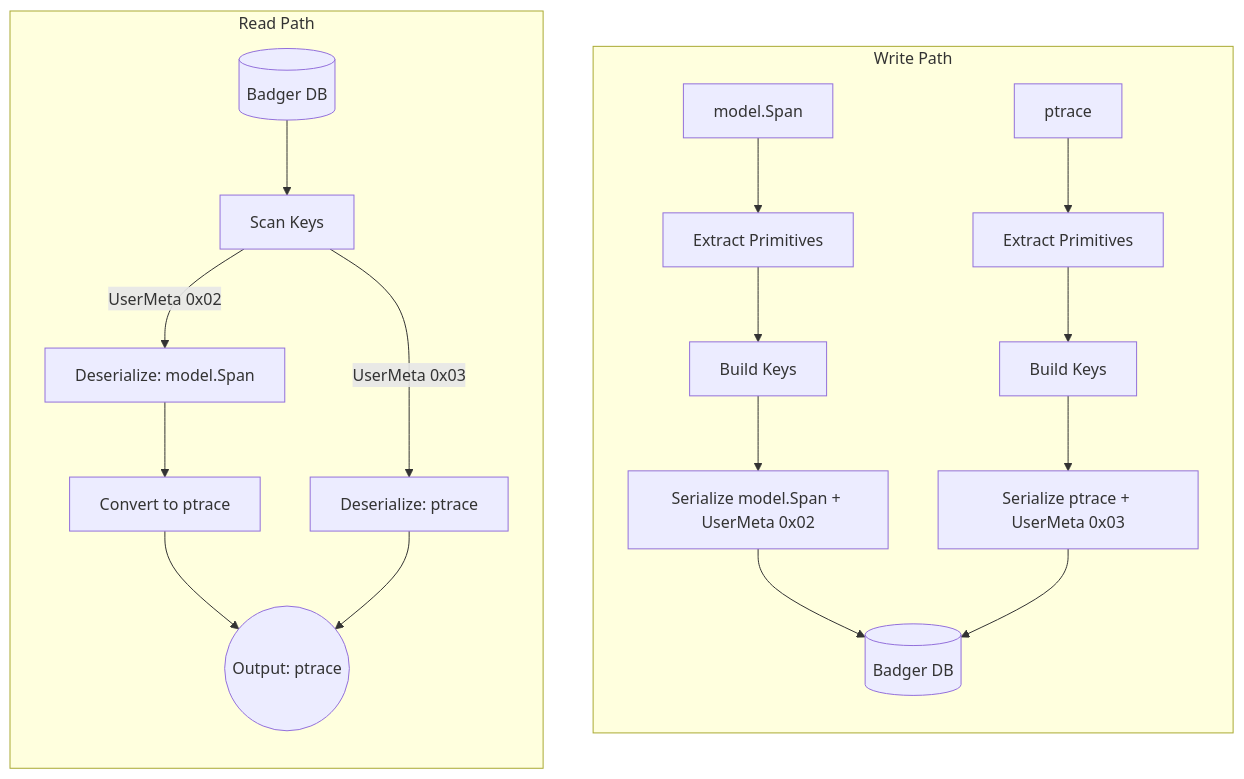
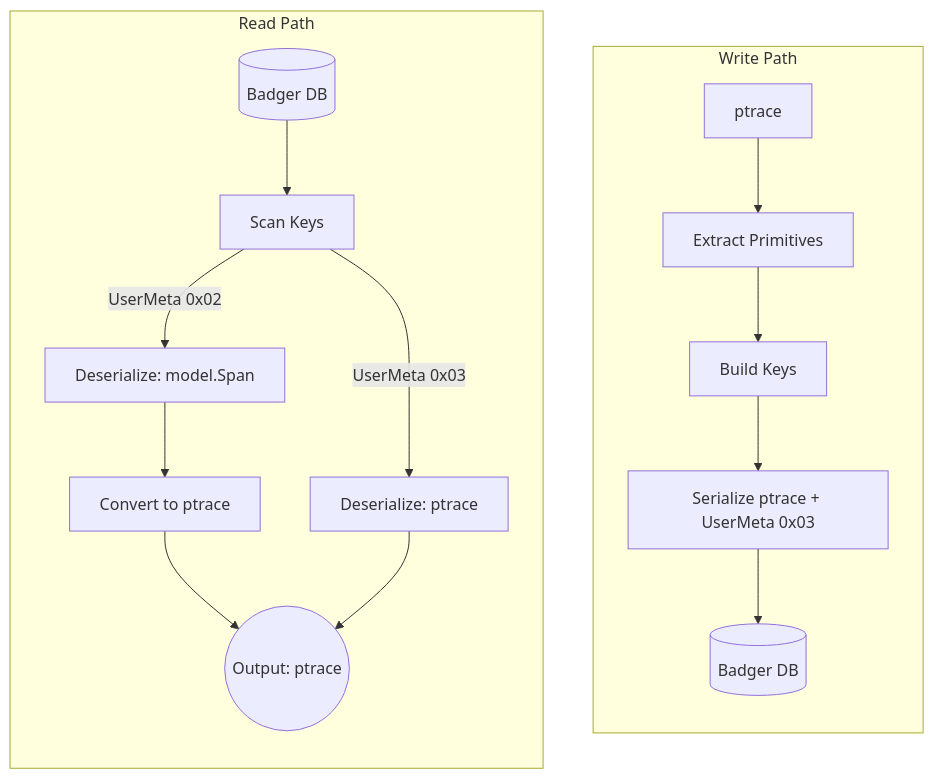
The diagram in docs/adr/008-badger-v2-tracestore.md (jaegertracing/jaeger), drawn with Mermaid before and after one commit. The commit also changed other lines of this file and 1 other file, not shown here.

Commit message:
ADR-008: single write path in diagram, clarify migration flow

````diff
--- a/docs/adr/008-badger-v2-tracestore.md
+++ b/docs/adr/008-badger-v2-tracestore.md
@@ -56,35 +56,28 @@
 ```mermaid
 ---
 config:
   layout: dagre
   look: classic
   theme: default
 ---
 graph TD
     subgraph Ingestion Pipeline [Write Path]
         direction TB
-        M[model.Span] --> E1[Extract Primitives]
-        P[ptrace] --> E2[Extract Primitives]
-        
-        E1 --> K1[Build Keys]
-        E2 --> K2[Build Keys]
-        
-        K1 --> V1[Serialize model.Span + UserMeta 0x02]
-        K2 --> V2[Serialize ptrace + UserMeta 0x03]
-        
-        V1 --> DB[(Badger DB)]
-        V2 --> DB
+        P[ptrace] --> E[Extract Primitives]
+        E --> K[Build Keys]
+        K --> V[Serialize ptrace + UserMeta 0x03]
+        V --> DB[(Badger DB)]
     end
     subgraph Retrieval Pipeline [Read Path]
         direction TB
         DB_Read[(Badger DB)] --> Scan[Scan Keys]
         
         Scan -->|UserMeta 0x02| D_Model[Deserialize: model.Span]
         D_Model --> Convert[Convert to ptrace]
         
         Scan -->|UserMeta 0x03| D_Ptrace[Deserialize: ptrace]
  
         Convert --> Out((Output: ptrace))
         D_Ptrace --> Out
     end
 ```
````
